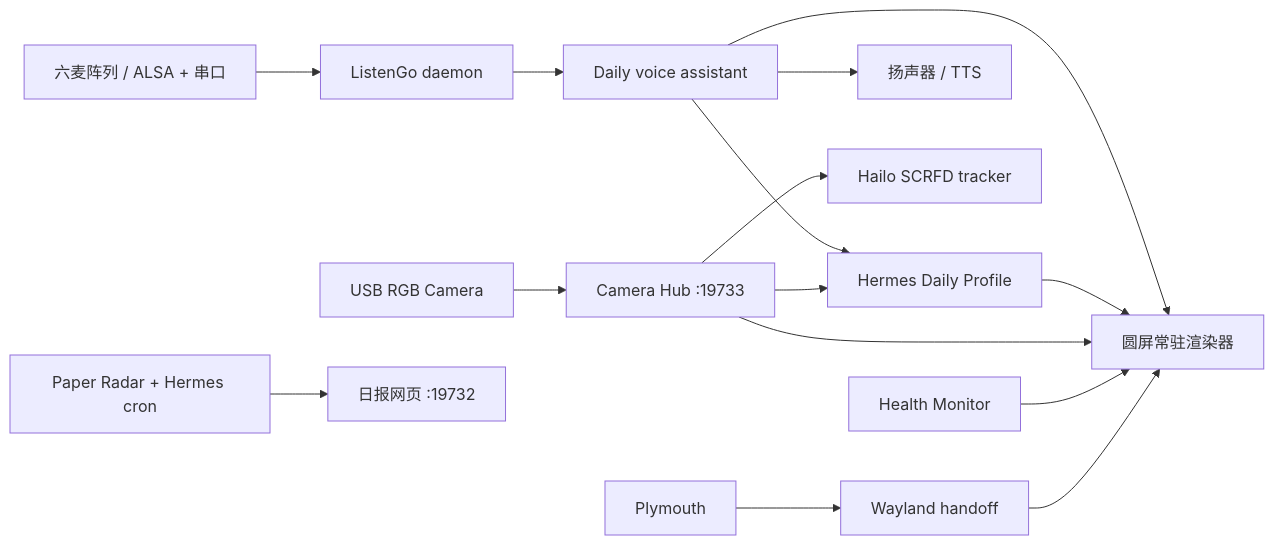
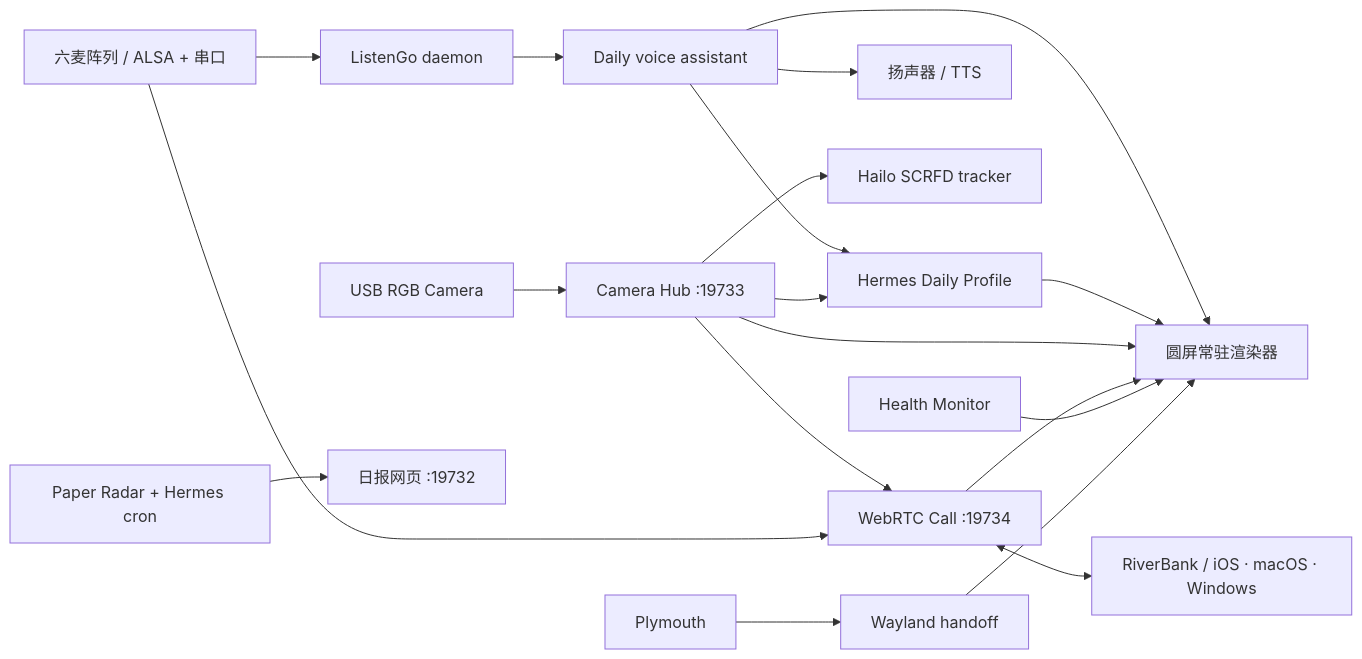
One commit to RedAmancy918/riverbank_assistant changed the diagram in README.zh-CN.md. Above: the diagram before and after it, drawn with Mermaid. The commit also changed other lines of this file and 86 other files, not shown here.

Commit message:
Release RiverBank Assistant v0.20.0 beta

````diff
--- a/README.zh-CN.md
+++ b/README.zh-CN.md
@@ -21,18 +26,22 @@
 ```mermaid
 flowchart LR
     MIC["六麦阵列 / ALSA + 串口"] --> LG["ListenGo daemon"]
     LG --> VOICE["Daily voice assistant"]
     VOICE --> HERMES["Hermes Daily Profile"]
     VOICE --> TTS["扬声器 / TTS"]
     VOICE --> UI["圆屏常驻渲染器"]
     HERMES --> UI
 
     CAM["USB RGB Camera"] --> HUB["Camera Hub :19733"]
     HUB --> UI
     HUB --> HERMES
     HUB --> HAILO["Hailo SCRFD tracker"]
+    HUB --> CALL["WebRTC Call :19734"]
+    MIC --> CALL
+    CALL <--> CLIENTS["RiverBank / iOS · macOS · Windows"]
+    CALL --> UI
 
     RADAR["Paper Radar + Hermes cron"] --> WEB["日报网页 :19732"]
     HEALTH["Health Monitor"] --> UI
     PLY["Plymouth"] --> HANDOFF["Wayland handoff"] --> UI
 ```
````
